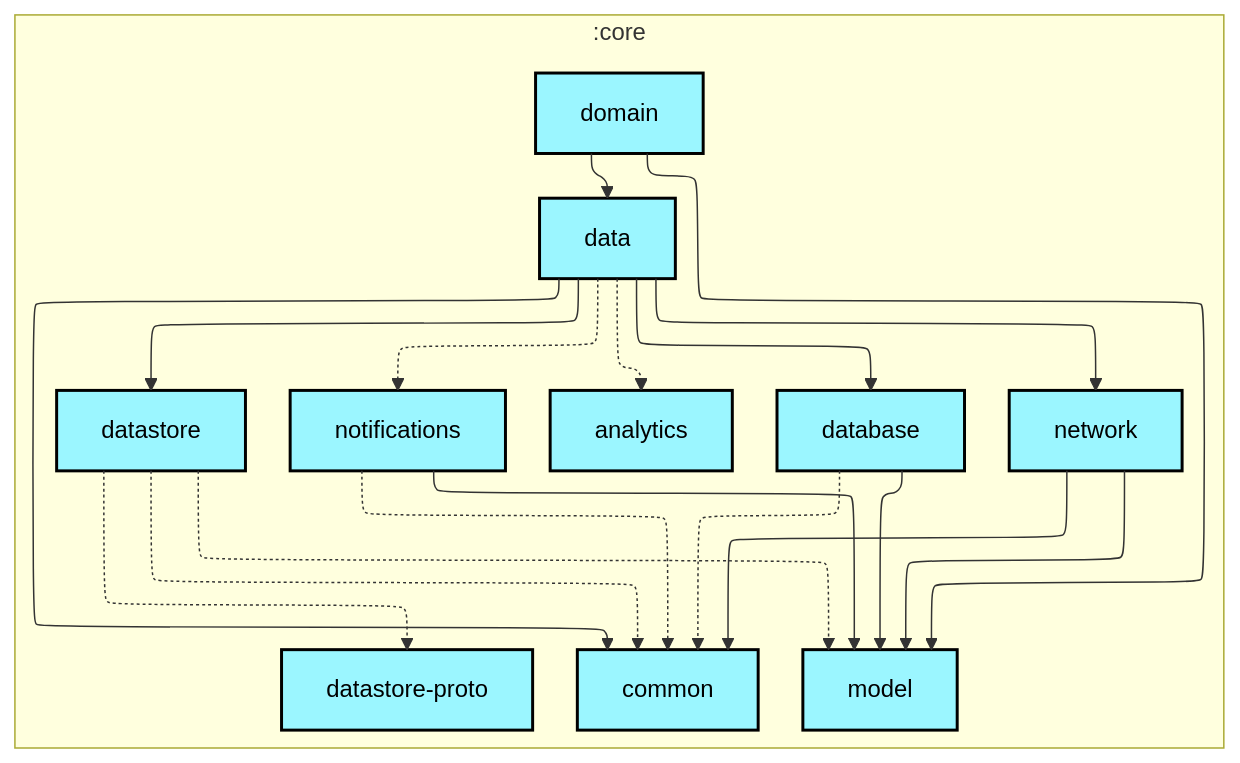
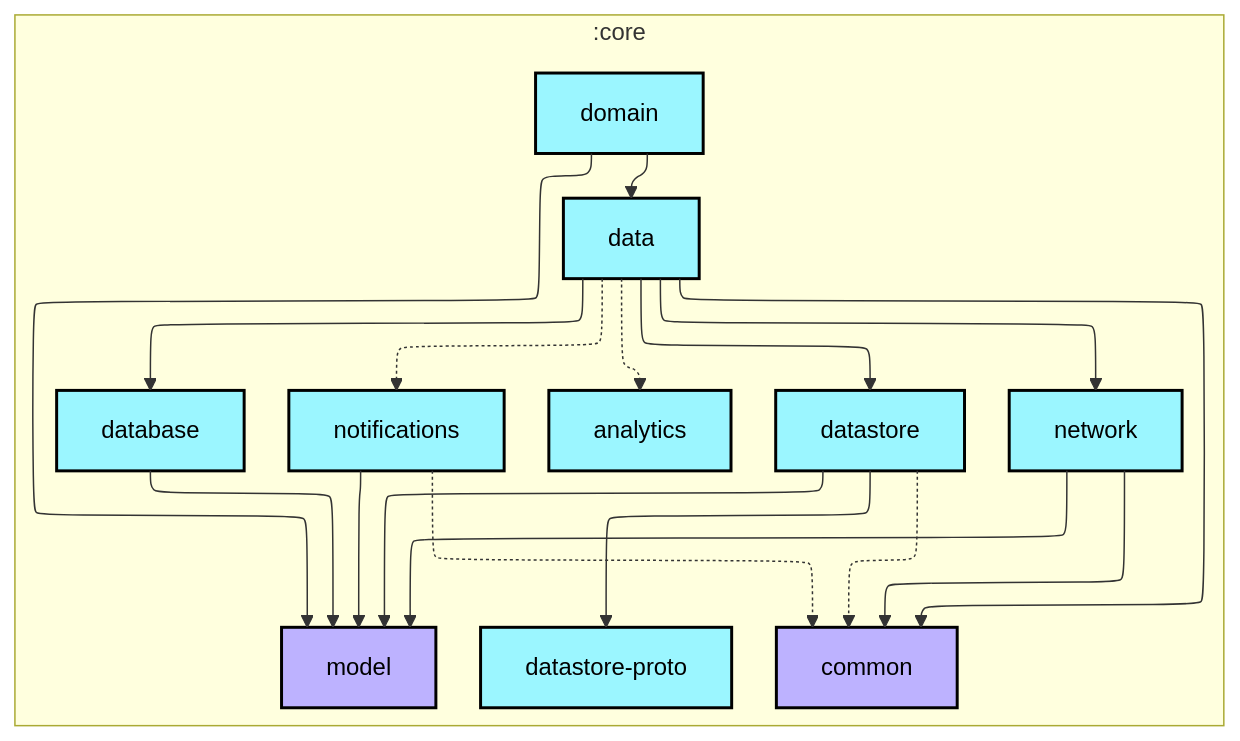
Before and after one commit to lihenggui/nowinkmp: the first of 2 diagrams in core/domain/README.md, drawn with Mermaid. The commit also changed other lines of this file and 26 other files, not shown here.

First line of the commit message:
Revert "Updates module graphs"

````diff
--- a/core/domain/README.md
+++ b/core/domain/README.md
@@ -6,47 +6,46 @@
 ```mermaid
 ---
 config:
   layout: elk
   elk:
     nodePlacementStrategy: SIMPLE
 ---
 graph TB
   subgraph :core
     direction TB
-    :core:analytics[analytics]:::kmp-library
-    :core:common[common]:::kmp-library
-    :core:data[data]:::kmp-library
-    :core:database[database]:::kmp-library
-    :core:datastore[datastore]:::kmp-library
-    :core:datastore-proto[datastore-proto]:::kmp-library
-    :core:domain[domain]:::kmp-library
-    :core:model[model]:::kmp-library
-    :core:network[network]:::kmp-library
-    :core:notifications[notifications]:::kmp-library
+    :core:analytics[analytics]:::android-library
+    :core:common[common]:::jvm-library
+    :core:data[data]:::android-library
+    :core:database[database]:::android-library
+    :core:datastore[datastore]:::android-library
+    :core:datastore-proto[datastore-proto]:::android-library
+    :core:domain[domain]:::android-library
+    :core:model[model]:::jvm-library
+    :core:network[network]:::android-library
+    :core:notifications[notifications]:::android-library
   end
 
   :core:data -.-> :core:analytics
   :core:data --> :core:common
   :core:data --> :core:database
   :core:data --> :core:datastore
   :core:data --> :core:network
   :core:data -.-> :core:notifications
-  :core:database -.-> :core:common
   :core:database --> :core:model
   :core:datastore -.-> :core:common
-  :core:datastore -.-> :core:datastore-proto
-  :core:datastore -.-> :core:model
+  :core:datastore --> :core:datastore-proto
+  :core:datastore --> :core:model
   :core:domain --> :core:data
   :core:domain --> :core:model
   :core:network --> :core:common
   :core:network --> :core:model
   :core:notifications -.-> :core:common
   :core:notifications --> :core:model
 
-classDef cmp-application fill:#CAFFBF,stroke:#000,stroke-width:2px,color:#000;
-classDef cmp-feature fill:#FFD6A5,stroke:#000,stroke-width:2px,color:#000;
-classDef kmp-library fill:#9BF6FF,stroke:#000,stroke-width:2px,color:#000;
+classDef android-application fill:#CAFFBF,stroke:#000,stroke-width:2px,color:#000;
+classDef android-feature fill:#FFD6A5,stroke:#000,stroke-width:2px,color:#000;
+classDef android-library fill:#9BF6FF,stroke:#000,stroke-width:2px,color:#000;
+classDef android-test fill:#A0C4FF,stroke:#000,stroke-width:2px,color:#000;
 classDef jvm-library fill:#BDB2FF,stroke:#000,stroke-width:2px,color:#000;
-classDef android-test fill:#A0C4FF,stroke:#000,stroke-width:2px,color:#000;
 classDef unknown fill:#FFADAD,stroke:#000,stroke-width:2px,color:#000;
 ```
````
